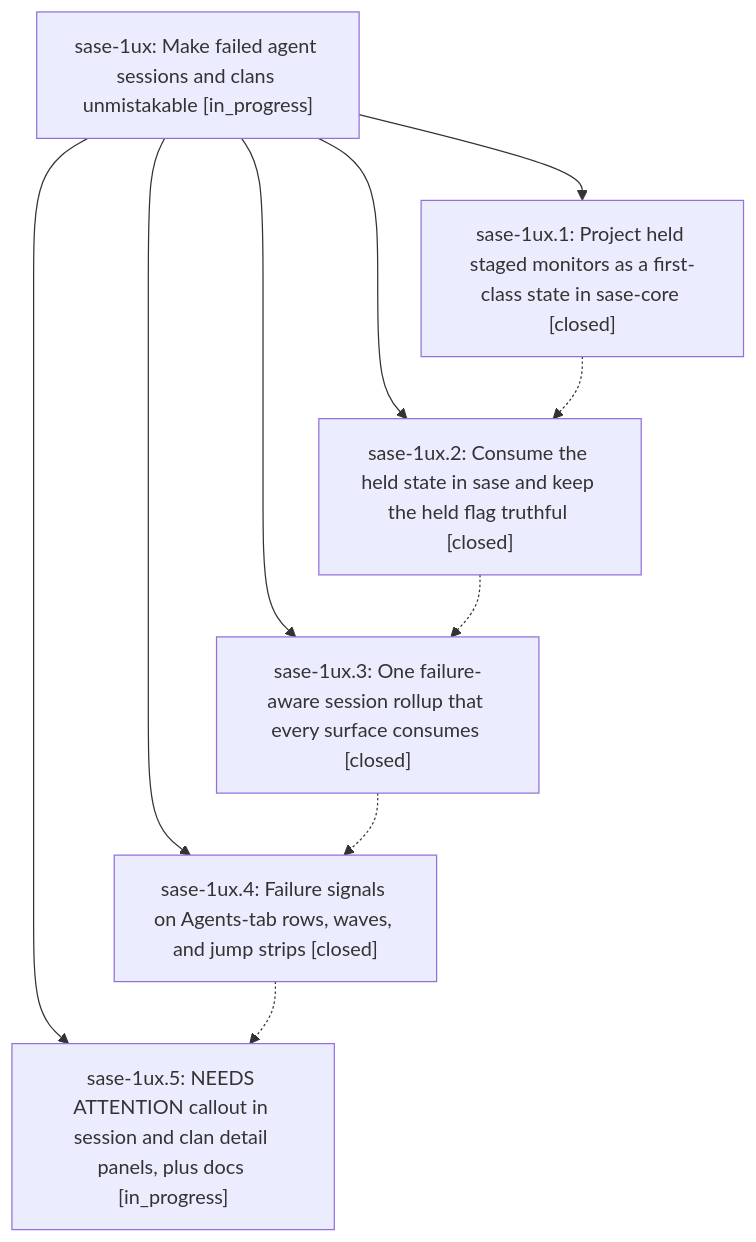
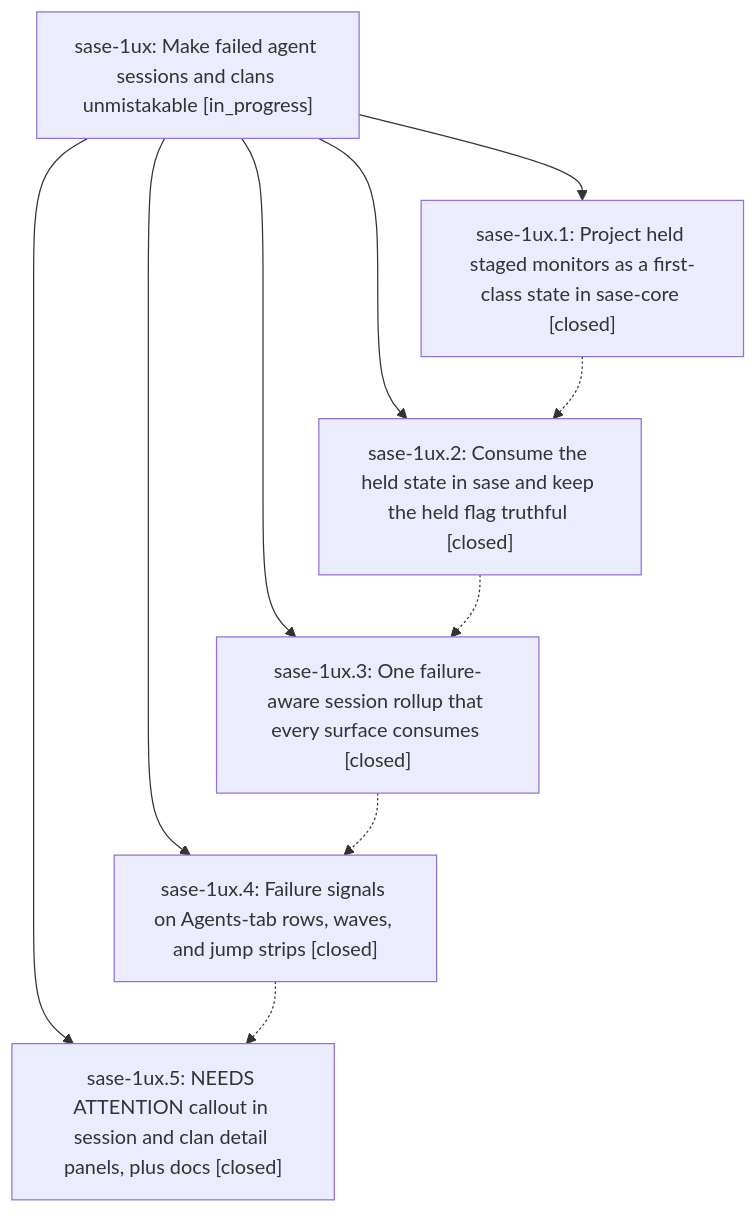
Before and after one commit to sase-org/sase--beads: the diagram in pages/sase-1ux/README.md, drawn with Mermaid. The commit also changed other lines of this file and 2 other files, not shown here.

First line of the commit message:
chore(beads): sync bead state and pages for sase-1ux

````diff
--- a/pages/sase-1ux/README.md
+++ b/pages/sase-1ux/README.md
@@ -40,18 +40,18 @@
 ```mermaid
 flowchart TD
     n0["sase-1ux: Make failed agent sessions and clans unmistakable [in_progress]"]
     n1["sase-1ux.1: Project held staged monitors as a first-class state in sase-core [closed]"]
     n2["sase-1ux.2: Consume the held state in sase and keep the held flag truthful [closed]"]
     n3["sase-1ux.3: One failure-aware session rollup that every surface consumes [closed]"]
     n4["sase-1ux.4: Failure signals on Agents-tab rows, waves, and jump strips [closed]"]
-    n5["sase-1ux.5: NEEDS ATTENTION callout in session and clan detail panels, plus docs [in_progress]"]
+    n5["sase-1ux.5: NEEDS ATTENTION callout in session and clan detail panels, plus docs [closed]"]
     n0 --> n1
     n0 --> n2
     n0 --> n3
     n0 --> n4
     n0 --> n5
     n1 -.-> n2
     n2 -.-> n3
     n3 -.-> n4
     n4 -.-> n5
 ```
````
